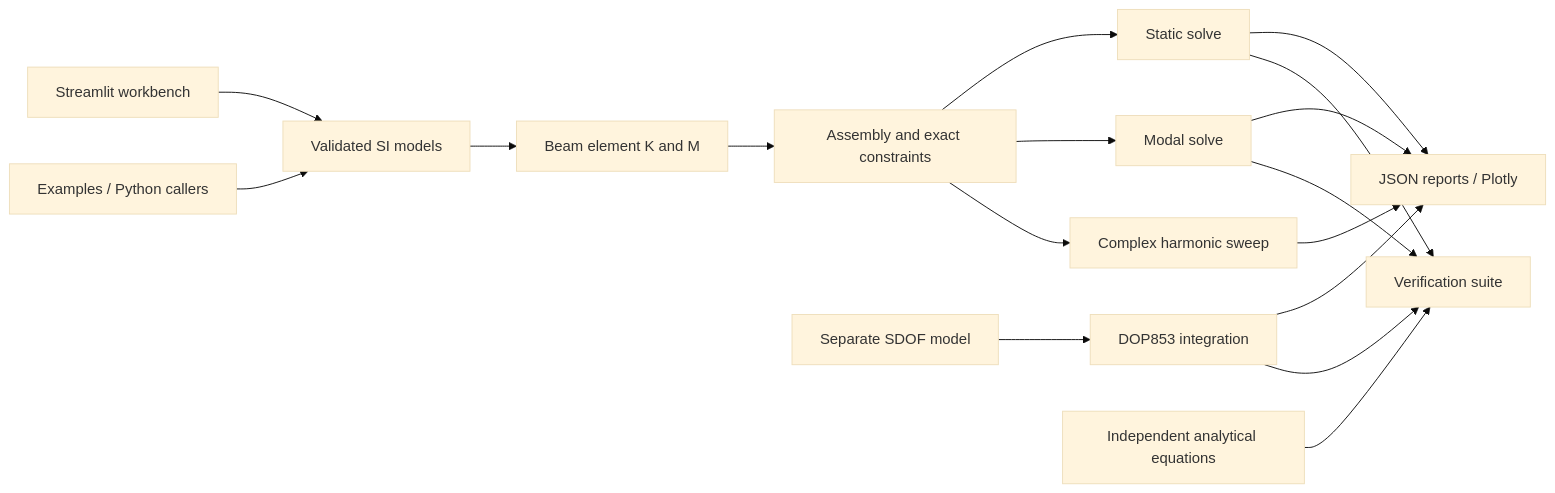
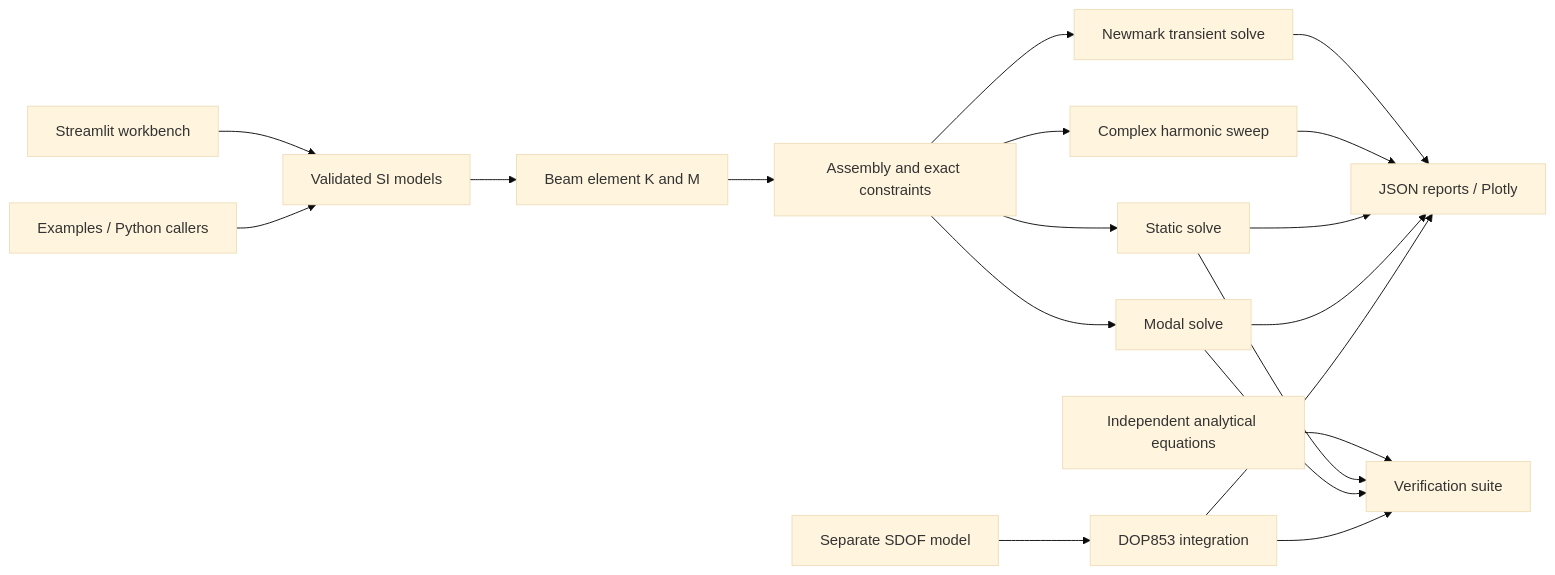
Before and after one commit to AsherFerdinand/VIBRA: the diagram in docs/architecture.md, drawn with Mermaid (base theme). The commit also changed other lines of this file and 26 other files, not shown here.

Commit message:
Add verified Newmark transient FEM dynamics and energy accounting

````diff
--- a/docs/architecture.md
+++ b/docs/architecture.md
@@ -9,19 +9,21 @@
 ```mermaid
 flowchart LR
     UI[Streamlit workbench] --> Models[Validated SI models]
     Examples[Examples / Python callers] --> Models
     Models --> Element[Beam element K and M]
     Element --> Assembly[Assembly and exact constraints]
     Assembly --> Static[Static solve]
     Assembly --> Modal[Modal solve]
     Assembly --> Harmonic[Complex harmonic sweep]
+    Assembly --> Transient[Newmark transient solve]
+    Transient --> Output
     Harmonic --> Output
     SDOF[Separate SDOF model] --> Integrator[DOP853 integration]
     Static --> Output[JSON reports / Plotly]
     Modal --> Output
     Integrator --> Output
     Benchmarks[Independent analytical equations] --> Tests[Verification suite]
     Static --> Tests
     Modal --> Tests
     Integrator --> Tests
 ```
````
